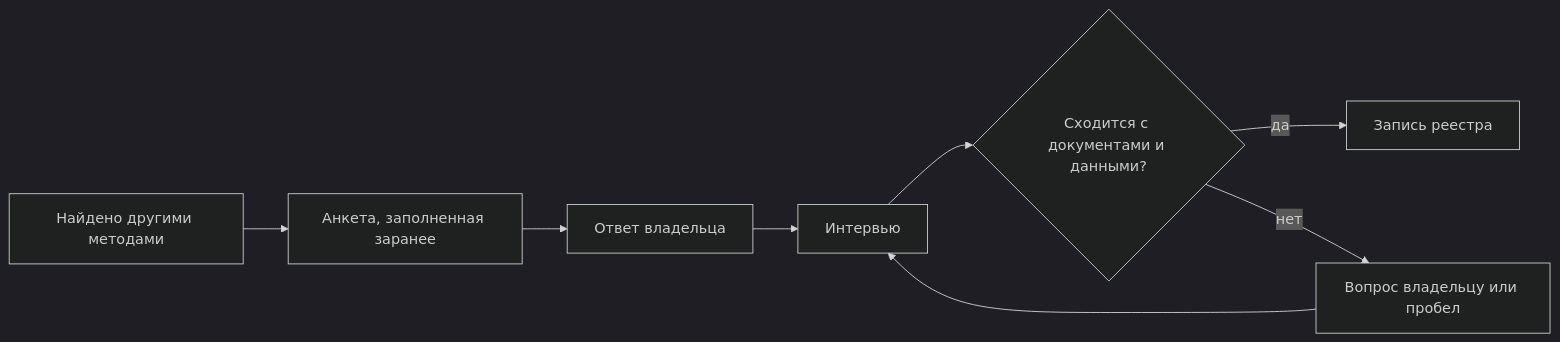
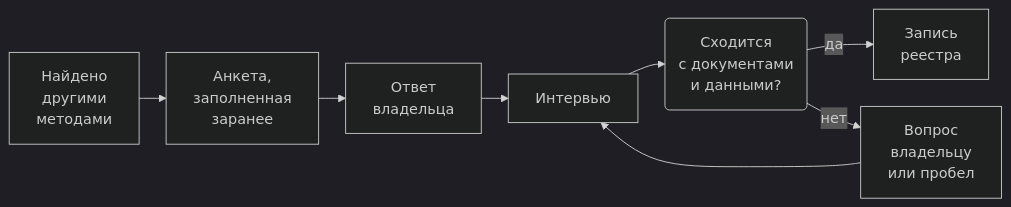
The third of 3 diagrams in docs/03-process/04-questionnaires.md (ivbeg/data-inventory), drawn with Mermaid (dark theme) before and after one commit. The commit also changed other lines of this file and 34 other files, not shown here.

First line of the commit message:
Читаемая карта от продукта и единый размер схем в PDF

````diff
--- a/docs/03-process/04-questionnaires.md
+++ b/docs/03-process/04-questionnaires.md
@@ -213,10 +227,18 @@
 ```mermaid
+---
+config:
+  layout: dagre
+  flowchart:
+    rankSpacing: 30
+    nodeSpacing: 30
+    minNodeWidth: 40
+---
 flowchart LR
-  F["Найдено другими методами"] --> P["Анкета, заполненная заранее"]
-  P --> A["Ответ владельца"]
+  F["Найдено<br/>другими<br/>методами"] --> P["Анкета,<br/>заполненная<br/>заранее"]
+  P --> A["Ответ<br/>владельца"]
   A --> I["Интервью"]
-  I --> C{"Сходится с документами и данными?"}
-  C -- да --> R["Запись реестра"]
-  C -- нет --> Q["Вопрос владельцу или пробел"]
+  I --> C("Сходится<br/>с документами<br/>и данными?")
+  C -- да --> R["Запись<br/>реестра"]
+  C -- нет --> Q["Вопрос<br/>владельцу<br/>или пробел"]
   Q --> I
 ```
````
